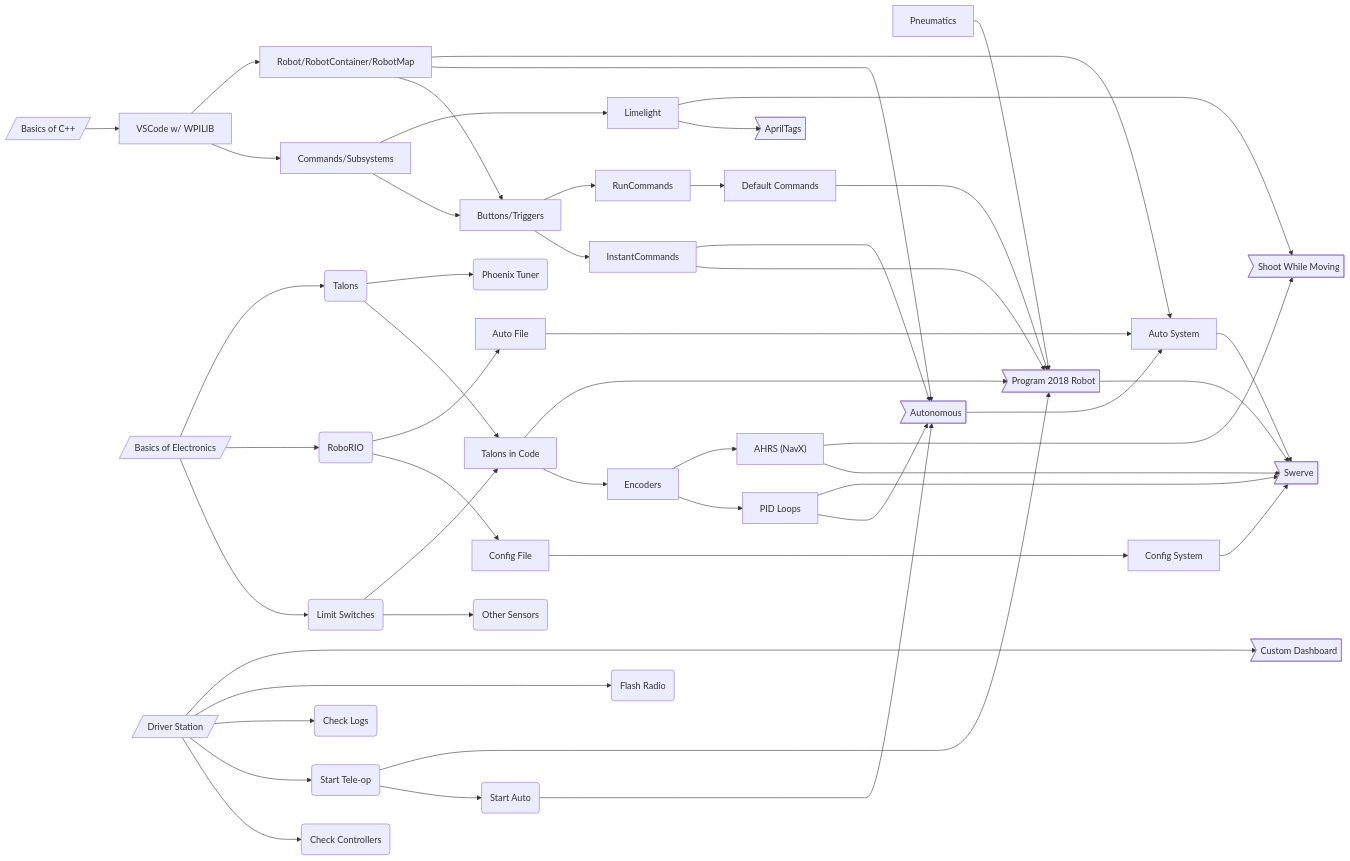
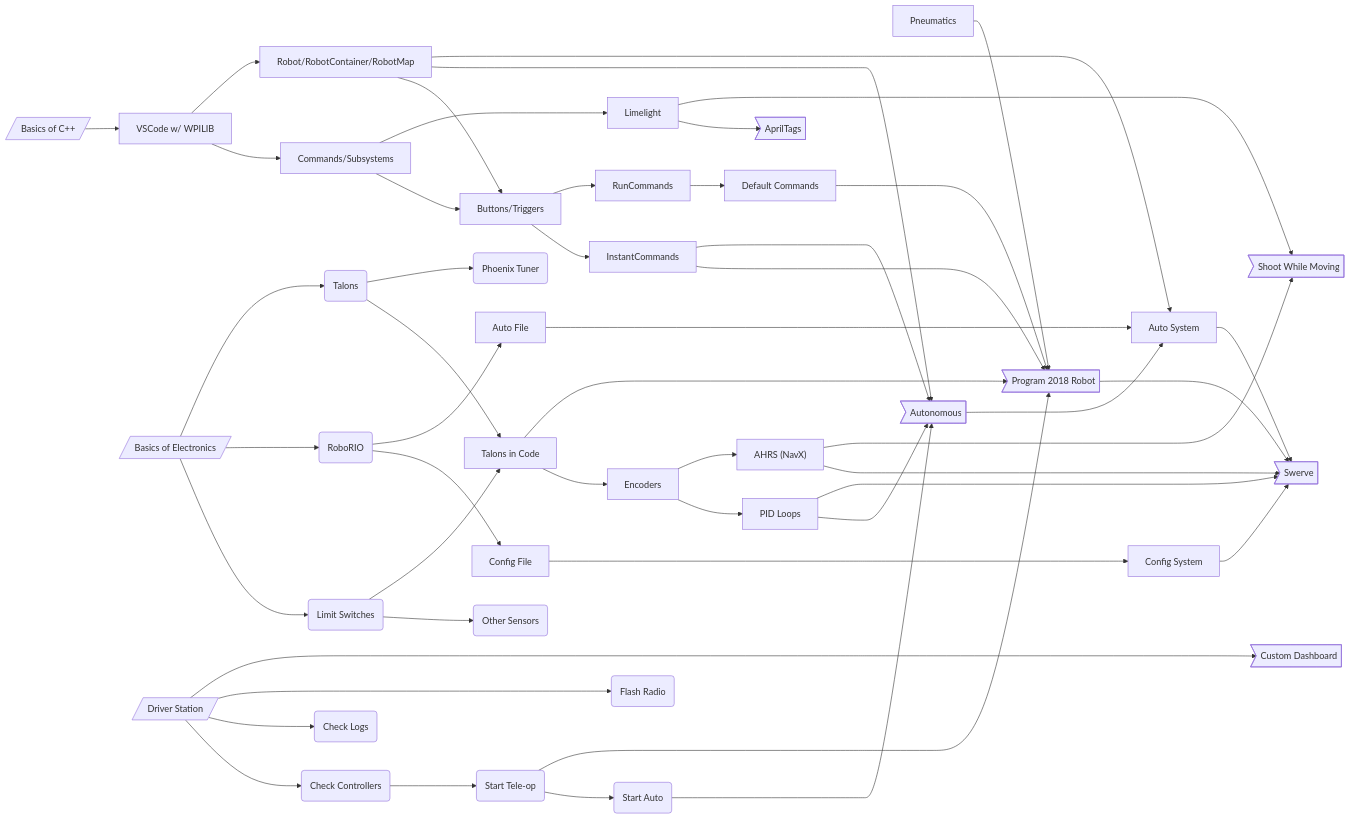
One commit to WCR-FRC-2016/2023trainingrep changed the first of 3 diagrams in README.md. Above: the diagram before and after it, drawn with Mermaid.

Commit message:
Adjust Graph

````diff
--- a/README.md
+++ b/README.md
@@ -5,51 +5,51 @@
 ```mermaid
 flowchart LR;
 
 classDef finished stroke:#0f0
 
 A[/Basics of C++/]
 B[VSCode w/ WPILIB]; A --> B
 C[Commands/Subsystems]; B --> C
 D[Robot/RobotContainer/RobotMap]; B --> D
 E[Buttons/Triggers]; C --> E; D --> E
 G[InstantCommands]; E --> G
 H[RunCommands]; E --> H
 F[Default Commands]; H --> F
 
 I[/Basics of Electronics/]
 L(Limit Switches); I --> L
 O(Other Sensors); L --> O
 P[Encoders]; Q --> P
 j[PID Loops]; P --> j
 R["AHRS (NavX)"]; P --> R
 k(RoboRIO); I --> k
 
 J(Talons); I --> J
 Q[Talons in Code]; J --> Q; L --> Q
 K(Phoenix Tuner); J --> K
 
 i[/Driver Station/]
 M(Check Controllers); i --> M
-N(Start Tele-op); i --> N
+N(Start Tele-op); M --> N
 Y(Start Auto); N --> Y
 Z(Check Logs); i --> Z
 W(Flash Radio); i ----> W
 
 a[Limelight]; C ---> a
 g>AprilTags]; a --> g
 
 T[Config File]; k --> T
 U[Auto File]; k --> U
 
 e[Pneumatics]
-V>Program 2018 Robot]; e --> V; G -----> V; F ----> V; Q ------> V; N ------> V
+V>Program 2018 Robot]; e --> V; G -----> V; F ----> V; Q ------> V; N -----> V
 
-X>Autonomous]; D ---> X; G ----> X; j ---> X; Y -----> X
+X>Autonomous]; D ---> X; G ----> X; j ---> X; Y ----> X
 
 b[Config System]; T -------> b
 c[Auto System]; U -------> c; D --------> c; X --> c
 d>Swerve]; b --> d; c --> d; j ------> d; R ------> d; V ---> d
 
 f>Shoot While Moving]; R ------> f; a -------> f
 h>Custom Dashboard]; i ----------> h
 ```
````
